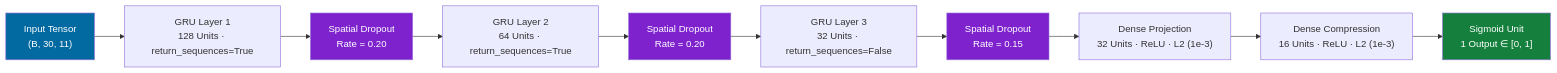
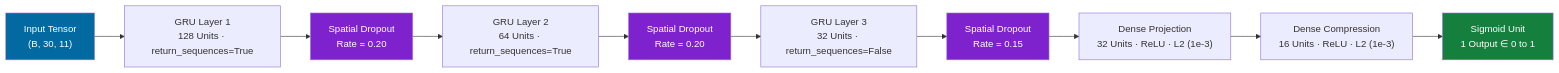
One commit to nasim-raj-laskar/Engine-RUL-Forcasting-system changed the first of 3 diagrams in docs/04_model_training.md. Above: the diagram before and after it, drawn with Mermaid. The commit also changed 3 other files, not shown here.

Commit message:
Broken Diagram Fixed

````diff
--- a/docs/04_model_training.md
+++ b/docs/04_model_training.md
@@ -11,18 +11,18 @@
 ```mermaid
 flowchart LR
     IN["Input Tensor\n(B, 30, 11)"] --> G1["GRU Layer 1\n128 Units · return_sequences=True"]
     G1 --> D1["Spatial Dropout\nRate = 0.20"]
     D1 --> G2["GRU Layer 2\n64 Units · return_sequences=True"]
     G2 --> D2["Spatial Dropout\nRate = 0.20"]
     D2 --> G3["GRU Layer 3\n32 Units · return_sequences=False"]
     G3 --> D3["Spatial Dropout\nRate = 0.15"]
     D3 --> FC1["Dense Projection\n32 Units · ReLU · L2 (1e-3)"]
     FC1 --> FC2["Dense Compression\n16 Units · ReLU · L2 (1e-3)"]
-    FC2 --> OUT["Sigmoid Unit\n1 Output ∈ [0, 1]"]
+    FC2 --> OUT["Sigmoid Unit\n1 Output ∈ 0 to 1"]
 
     style IN fill:#0369a1,color:#fff
     style OUT fill:#15803d,color:#fff
     style D1 fill:#7e22ce,color:#fff
     style D2 fill:#7e22ce,color:#fff
     style D3 fill:#7e22ce,color:#fff
 ```
````
